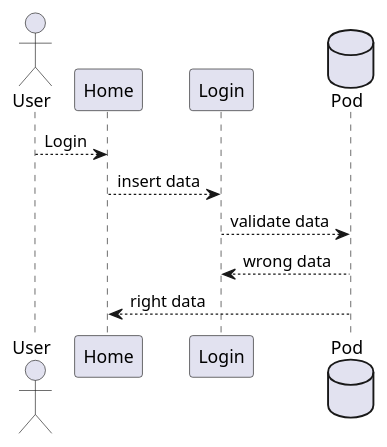
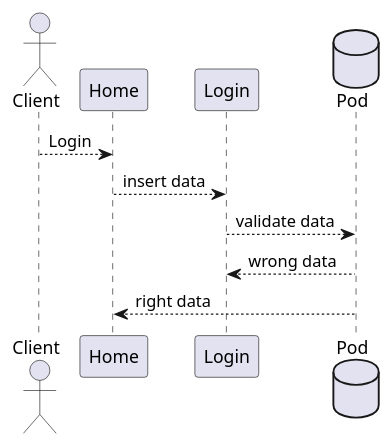
Before and after one commit to Arquisoft/dede_es3b: the first of 3 diagrams in docs/06_runtime_view.adoc, drawn with PlantUML. The commit also changed other lines of this file, not shown here.

```diff
--- a/docs/06_runtime_view.adoc
+++ b/docs/06_runtime_view.adoc
@@ -42,12 +47,12 @@
 [plantuml,"Sequence diagram",png]
 ----
-actor User
+actor Client
 participant "Home"
 participant "Login"
 database Pod
-User --> "Home": Login
+Client --> "Home": Login
 "Home" --> "Login": insert data
 "Login" --> Pod : validate data
 Pod --> "Login": wrong data
 Pod --> "Home": right data
 ----
```
